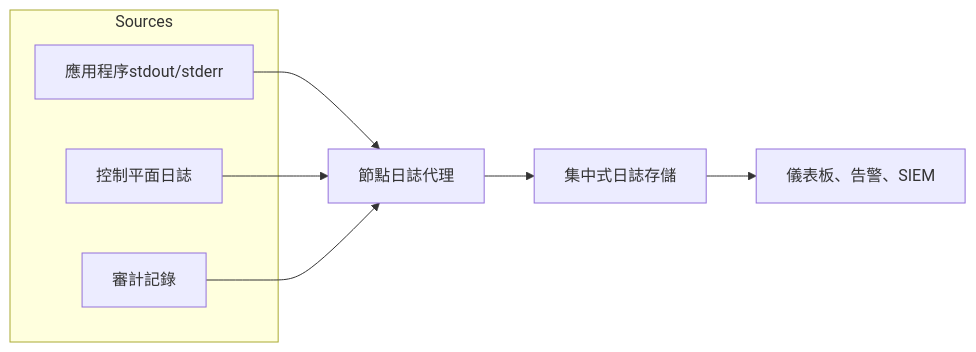
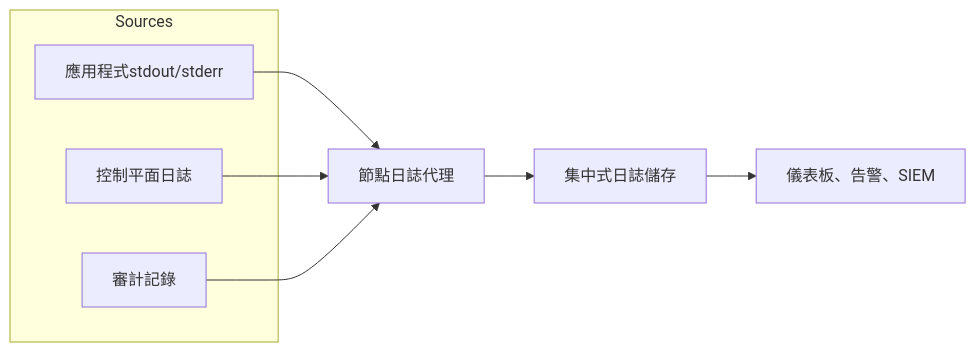
Before and after one commit to kubernetes/website: the third of 4 diagrams in content/zh-tw/docs/concepts/cluster-administration/observability.md, drawn with Mermaid. The commit also changed other lines of this file and 1309 other files, not shown here.

```diff
--- a/content/zh-tw/docs/concepts/cluster-administration/observability.md
+++ b/content/zh-tw/docs/concepts/cluster-administration/observability.md
@@ -221,13 +221,13 @@
 {{< mermaid >}}
 flowchart LR
     subgraph Sources
-        A[應用程序stdout/stderr]
+        A[應用程式stdout/stderr]
         B[控制平面日誌]
         C[審計記錄]
     end
     A --> N[節點日誌代理]
     B --> N
     C --> N
-    N --> L[集中式日誌存儲]
+    N --> L[集中式日誌儲存]
     L --> Q[儀表板、告警、SIEM]
 {{< /mermaid >}}
```
